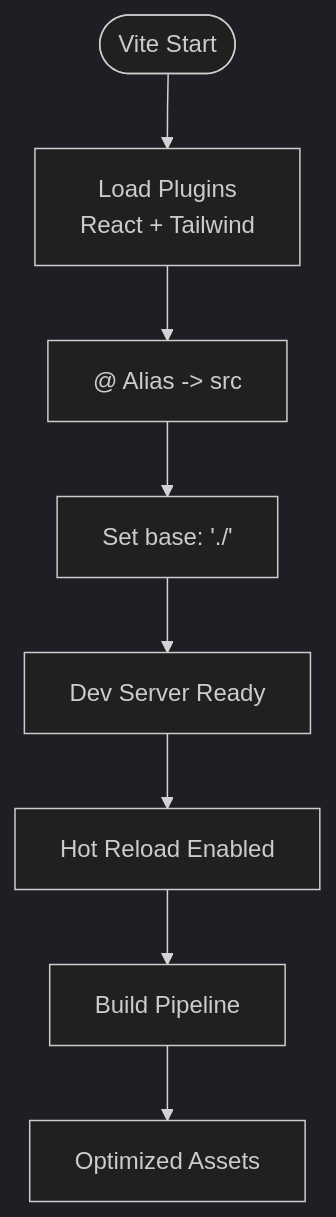
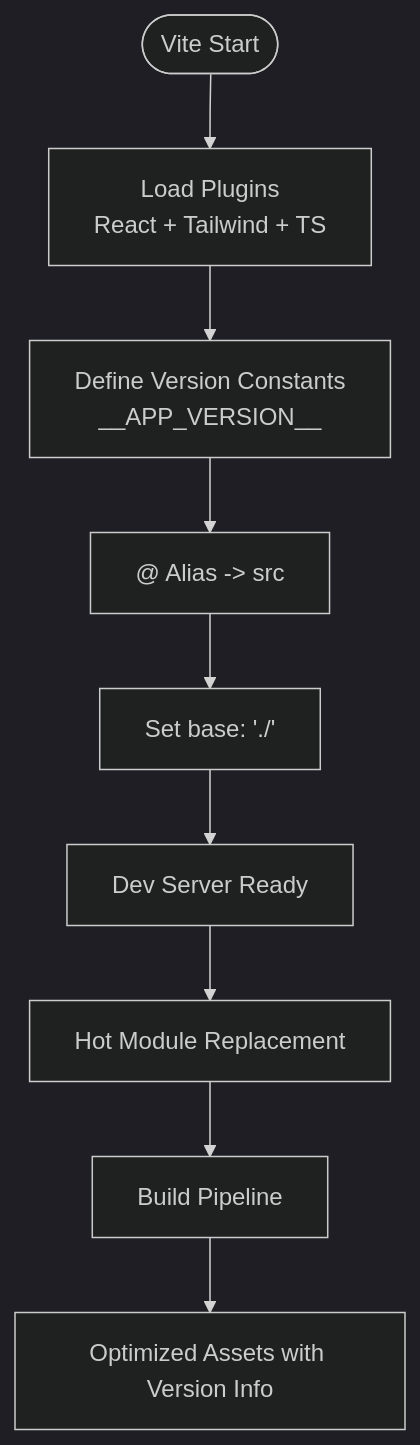
The third of 11 diagrams in .qoder/repowiki/en/content/Frontend Application/Build System.md (v0lka/c0wrk), drawn with Mermaid (dark theme) before and after one commit. The commit also changed other lines of this file and 13 other files, not shown here.

````diff
--- a/.qoder/repowiki/en/content/Frontend Application/Build System.md
+++ b/.qoder/repowiki/en/content/Frontend Application/Build System.md
@@ -165,10 +195,11 @@
 ```mermaid
 flowchart TD
-Start(["Vite Start"]) --> LoadPlugins["Load Plugins<br/>React + Tailwind"]
-LoadPlugins --> ResolveAlias["@ Alias -> src"]
+Start(["Vite Start"]) --> LoadPlugins["Load Plugins<br/>React + Tailwind + TS"]
+LoadPlugins --> DefineConstants["Define Version Constants<br/>__APP_VERSION__"]
+DefineConstants --> ResolveAlias["@ Alias -> src"]
 ResolveAlias --> BasePath["Set base: './'"]
 BasePath --> DevServer["Dev Server Ready"]
-DevServer --> HotReload["Hot Reload Enabled"]
+DevServer --> HotReload["Hot Module Replacement"]
 HotReload --> Build["Build Pipeline"]
-Build --> Output["Optimized Assets"]
+Build --> Output["Optimized Assets with Version Info"]
 ```
````
